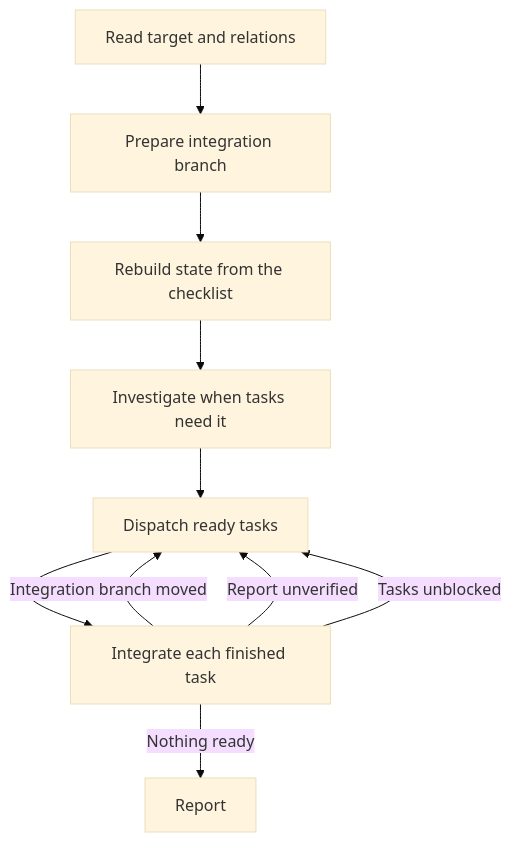
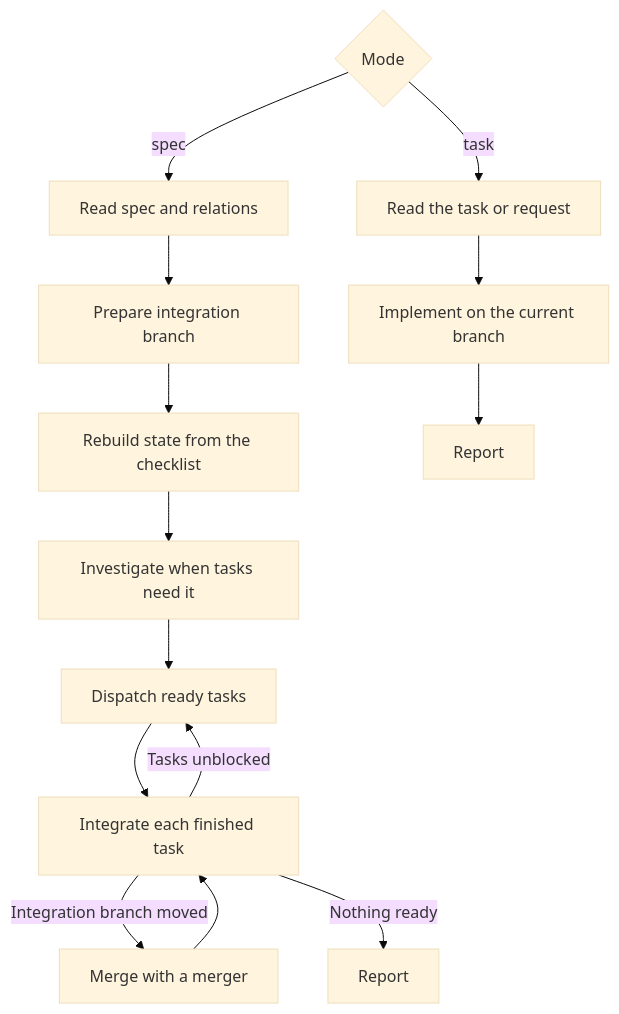
One commit to adeonir/agent-skills changed the diagram in skills/engineering/implement/README.md. Above: the diagram before and after it, drawn with Mermaid (base theme). The commit also changed other lines of this file and 7 other files, not shown here.

Commit message:
feat(implement): split into an orchestrated spec run and an inline task run

````diff
--- a/skills/engineering/implement/README.md
+++ b/skills/engineering/implement/README.md
@@ -7,12 +7,16 @@
 ```mermaid
 flowchart TD
-    A[Read target and relations] --> B[Prepare integration branch]
+    M{Mode} -->|spec| A[Read spec and relations]
+    A --> B[Prepare integration branch]
     B --> C[Rebuild state from the checklist]
     C --> D[Investigate when tasks need it]
     D --> E[Dispatch ready tasks]
     E --> F[Integrate each finished task]
-    F -->|Integration branch moved| E
-    F -->|Report unverified| E
+    F -->|Integration branch moved| H[Merge with a merger]
+    H --> F
     F -->|Tasks unblocked| E
     F -->|Nothing ready| G[Report]
+    M -->|task| I[Read the task or request]
+    I --> J[Implement on the current branch]
+    J --> K[Report]
 ```
````
